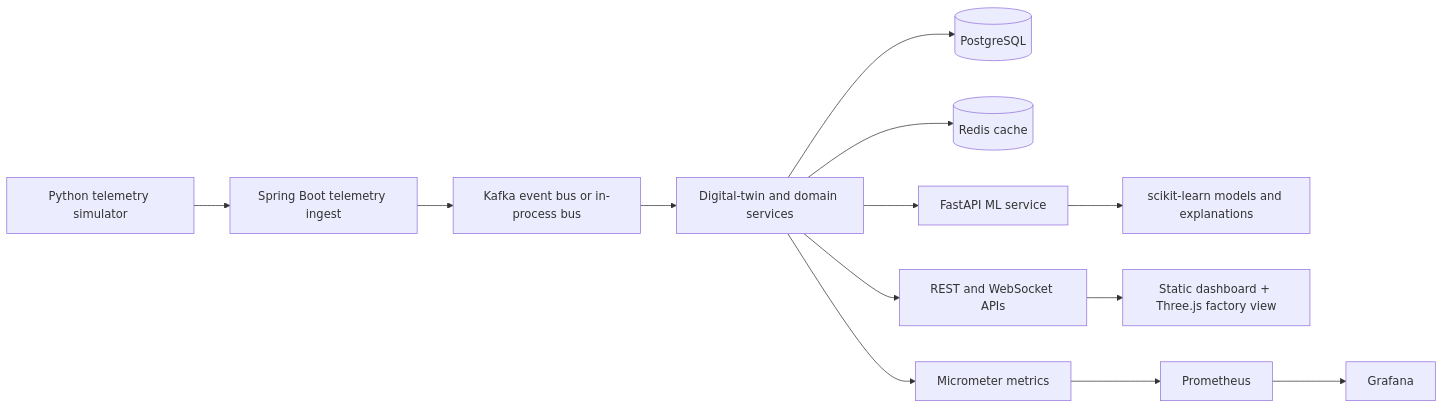
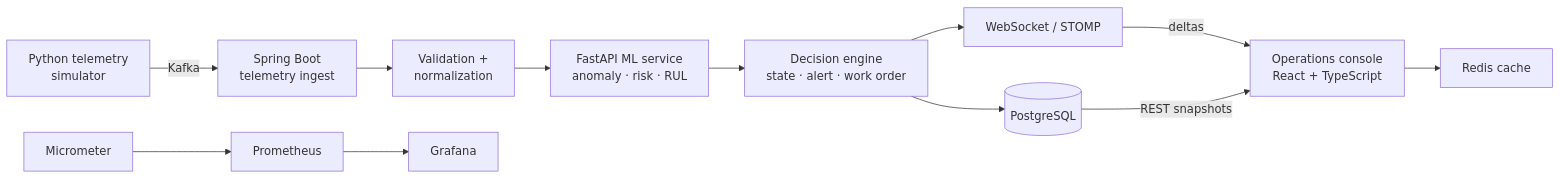
Before and after one commit to karkalashivareddy/forgesense-industrial-intelligence: the diagram in README.md, drawn with Mermaid. The commit also changed other lines of this file and 38 other files, not shown here.

````diff
--- a/README.md
+++ b/README.md
@@ -9,15 +60,13 @@
 ```mermaid
 flowchart LR
-    S[Python telemetry simulator] --> I[Spring Boot telemetry ingest]
-    I --> K[Kafka event bus or in-process bus]
-    K --> T[Digital-twin and domain services]
-    T --> DB[(PostgreSQL)]
-    T --> C[(Redis cache)]
-    T --> M[FastAPI ML service]
-    M --> P[scikit-learn models and explanations]
-    T --> W[REST and WebSocket APIs]
-    W --> F[Static dashboard + Three.js factory view]
-    T --> O[Micrometer metrics]
-    O --> PR[Prometheus]
-    PR --> G[Grafana]
+    S[Python telemetry<br/>simulator] -->|Kafka| I[Spring Boot<br/>telemetry ingest]
+    I --> V[Validation +<br/>normalization]
+    V --> M[FastAPI ML service<br/>anomaly · risk · RUL]
+    M --> D[Decision engine<br/>state · alert · work order]
+    D --> DB[(PostgreSQL)]
+    D --> WS[WebSocket / STOMP]
+    WS -->|deltas| C[Operations console<br/>React + TypeScript]
+    DB -->|REST snapshots| C
+    C --> R[Redis cache]
+    O[Micrometer] --> P[Prometheus] --> G[Grafana]
 ```
````
